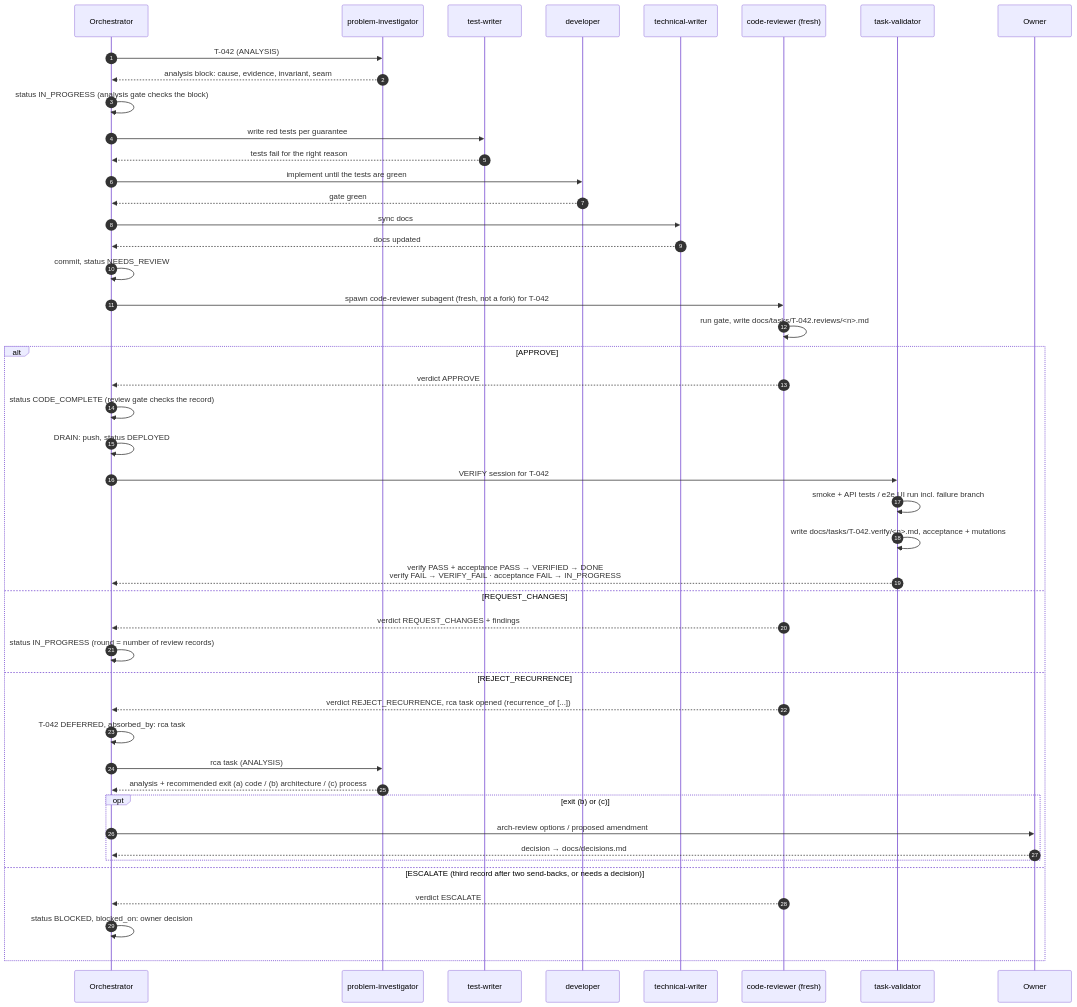
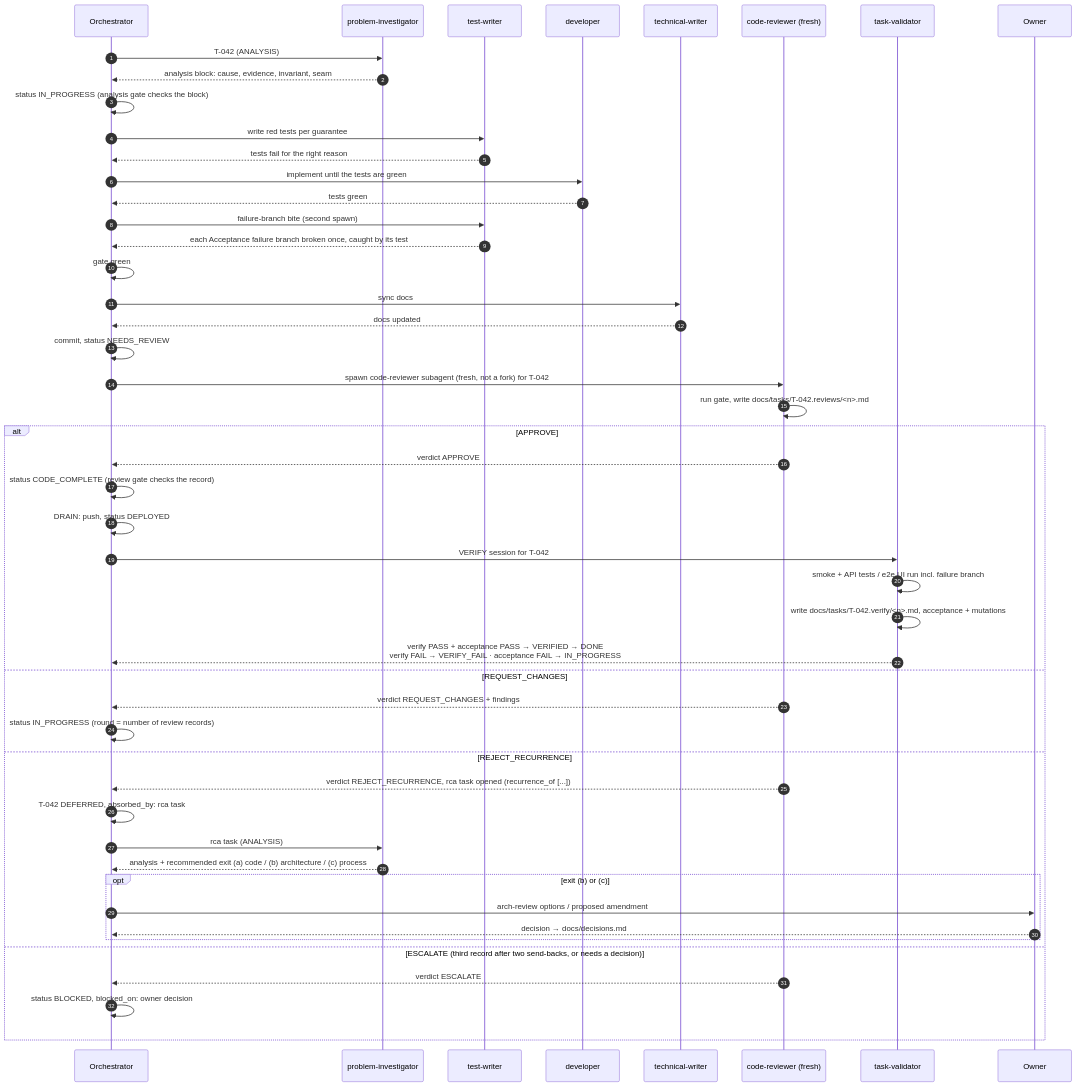
Before and after one commit to smykov/teamwright: the diagram in docs/process/roles.md, drawn with Mermaid. The commit also changed other lines of this file and 11 other files, not shown here.

First line of the commit message:
teamwright 0.9.0: the test-writer breaks each Acceptance failure branch before review (#11)

````diff
--- a/docs/process/roles.md
+++ b/docs/process/roles.md
@@ -53,49 +53,52 @@
 ```mermaid
 sequenceDiagram
     autonumber
     participant O as Orchestrator
     participant I as problem-investigator
     participant T as test-writer
     participant D as developer
     participant W as technical-writer
     participant R as code-reviewer (fresh)
     participant V as task-validator
     participant OW as Owner
 
     O->>I: T-042 (ANALYSIS)
     I-->>O: analysis block: cause, evidence, invariant, seam
     O->>O: status IN_PROGRESS (analysis gate checks the block)
     O->>T: write red tests per guarantee
     T-->>O: tests fail for the right reason
     O->>D: implement until the tests are green
-    D-->>O: gate green
+    D-->>O: tests green
+    O->>T: failure-branch bite (second spawn)
+    T-->>O: each Acceptance failure branch broken once, caught by its test
+    O->>O: gate green
     O->>W: sync docs
     W-->>O: docs updated
     O->>O: commit, status NEEDS_REVIEW
     O->>R: spawn code-reviewer subagent (fresh, not a fork) for T-042
     R->>R: run gate, write docs/tasks/T-042.reviews/<n>.md
     alt APPROVE
         R-->>O: verdict APPROVE
         O->>O: status CODE_COMPLETE (review gate checks the record)
         O->>O: DRAIN: push, status DEPLOYED
         O->>V: VERIFY session for T-042
         V->>V: smoke + API tests / e2e UI run incl. failure branch
         V->>V: write docs/tasks/T-042.verify/<n>.md, acceptance + mutations
         V-->>O: verify PASS + acceptance PASS → VERIFIED → DONE<br/>verify FAIL → VERIFY_FAIL · acceptance FAIL → IN_PROGRESS
     else REQUEST_CHANGES
         R-->>O: verdict REQUEST_CHANGES + findings
         O->>O: status IN_PROGRESS (round = number of review records)
     else REJECT_RECURRENCE
         R-->>O: verdict REJECT_RECURRENCE, rca task opened (recurrence_of [...])
         O->>O: T-042 DEFERRED, absorbed_by: rca task
         O->>I: rca task (ANALYSIS)
         I-->>O: analysis + recommended exit (a) code / (b) architecture / (c) process
         opt exit (b) or (c)
             O->>OW: arch-review options / proposed amendment
             OW-->>O: decision → docs/decisions.md
         end
     else ESCALATE (third record after two send-backs, or needs a decision)
         R-->>O: verdict ESCALATE
         O->>O: status BLOCKED, blocked_on: owner decision
     end
 ```
````
